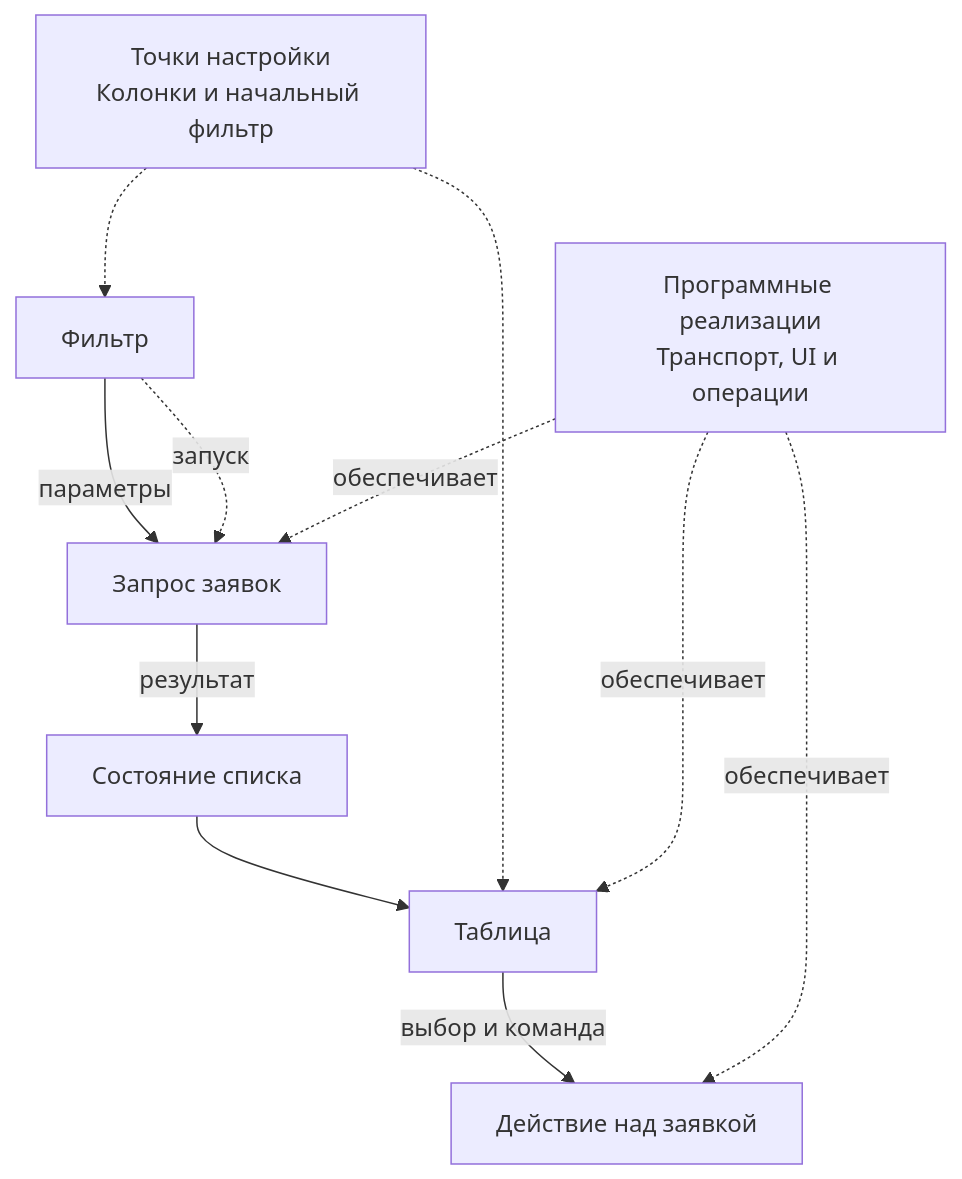
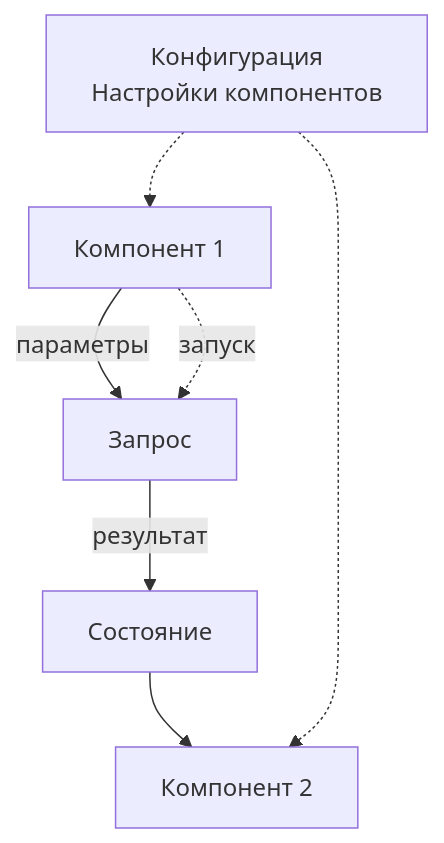
Before and after one commit to endge-lab/configurator-docs: the diagram in docs/product-v2/metamodel.md, drawn with Mermaid. The commit also changed other lines of this file and 6 other files, not shown here.

````diff
--- a/docs/product-v2/metamodel.md
+++ b/docs/product-v2/metamodel.md
@@ -23,21 +17,14 @@
 ```mermaid
 flowchart TB
-  FILTER["Фильтр"] -->|параметры| QUERY["Запрос заявок"]
-  FILTER -. запуск .-> QUERY
-  QUERY -->|результат| STORE["Состояние списка"]
-  STORE --> TABLE["Таблица"]
-  TABLE -->|выбор и команда| ACTION["Действие над заявкой"]
-  SETTINGS["Точки настройки<br/>Колонки и начальный фильтр"]
-  SETTINGS -.-> FILTER
-  SETTINGS -.-> TABLE
-  IMPL["Программные реализации<br/>Транспорт, UI и операции"]
-  IMPL -. обеспечивает .-> QUERY
-  IMPL -. обеспечивает .-> TABLE
-  IMPL -. обеспечивает .-> ACTION
-  class SETTINGS endgeRegistry
-  class FILTER endgeInput
-  class QUERY,ACTION endgeProcess
-  class STORE endgeRegistry
-  class TABLE endgeSuccess
-  class IMPL endgePackage
+  C1["Компонент 1"] -->|параметры| Q["Запрос"]
+  C1 -. запуск .-> Q
+  Q -->|результат| STATE["Состояние"]
+  STATE --> C2["Компонент 2"]
+  CONFIG["Конфигурация<br/>Настройки компонентов"]
+  CONFIG -.-> C1
+  CONFIG -.-> C2
+  class C1 endgeInput
+  class Q endgeProcess
+  class STATE,CONFIG endgeRegistry
+  class C2 endgeSuccess
 ```
````
